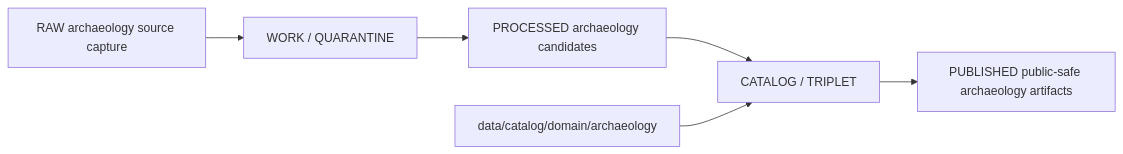
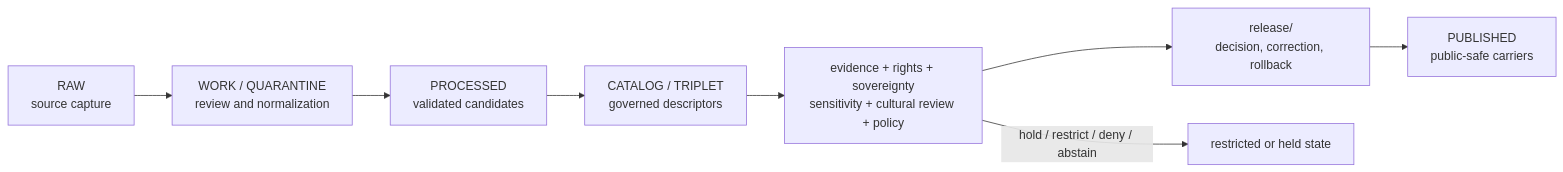
The diagram in data/catalog/domain/archaeology/README.md (bartytime4life/Kansas-Frontier-Matrix), drawn with Mermaid before and after one commit. The commit also changed other lines of this file, not shown here.

Commit message:
Modernize Archaeology catalog README

````diff
--- a/data/catalog/domain/archaeology/README.md
+++ b/data/catalog/domain/archaeology/README.md
@@ -71,8 +276,10 @@
 ```mermaid
 flowchart LR
-  RAW[RAW archaeology source capture] --> WORK[WORK / QUARANTINE]
-  WORK --> PROCESSED[PROCESSED archaeology candidates]
-  PROCESSED --> CATALOG[CATALOG / TRIPLET]
-  CATALOG --> PUBLISHED[PUBLISHED public-safe archaeology artifacts]
-  DOMAIN[data/catalog/domain/archaeology] --> CATALOG
+    RAW["RAW<br/>source capture"] --> WORK["WORK / QUARANTINE<br/>review and normalization"]
+    WORK --> PROCESSED["PROCESSED<br/>validated candidates"]
+    PROCESSED --> CATALOG["CATALOG / TRIPLET<br/>governed descriptors"]
+    CATALOG --> REVIEW["evidence + rights + sovereignty<br/>sensitivity + cultural review + policy"]
+    REVIEW --> RELEASE["release/<br/>decision, correction, rollback"]
+    RELEASE --> PUBLISHED["PUBLISHED<br/>public-safe carriers"]
+    REVIEW -->|hold / restrict / deny / abstain| QUARANTINE["restricted or held state"]
 ```
````
